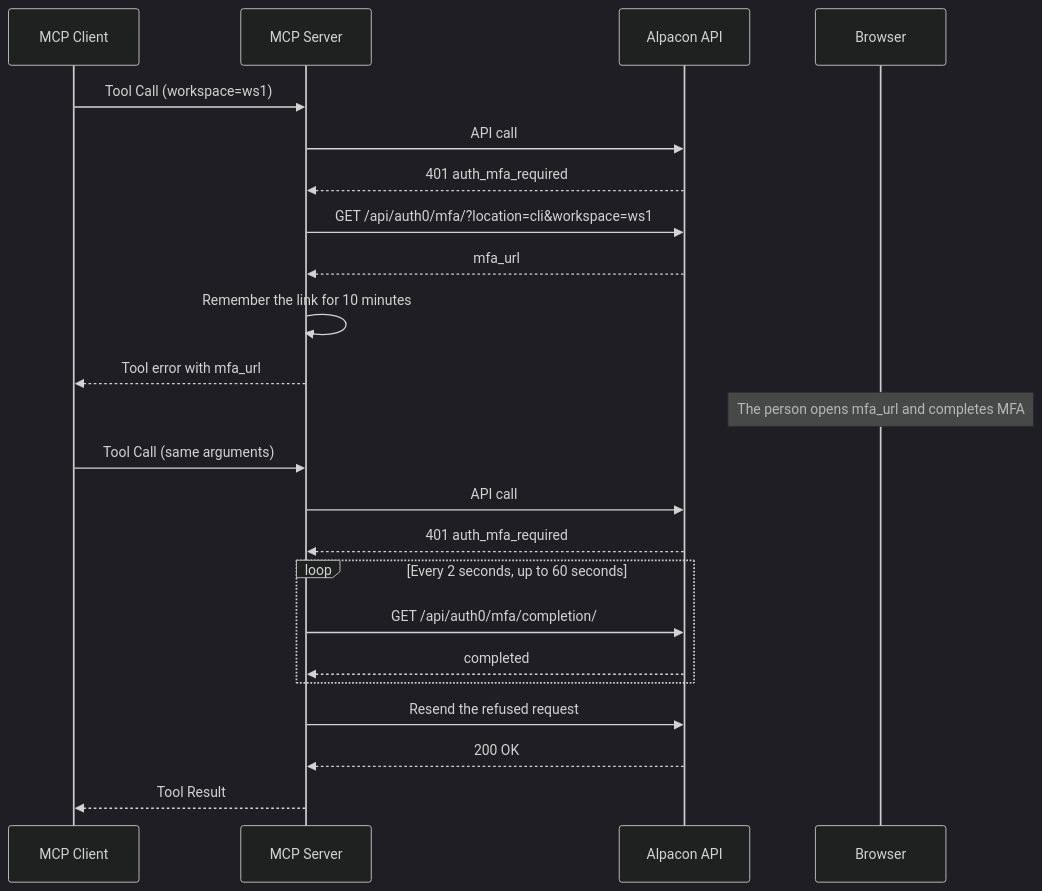
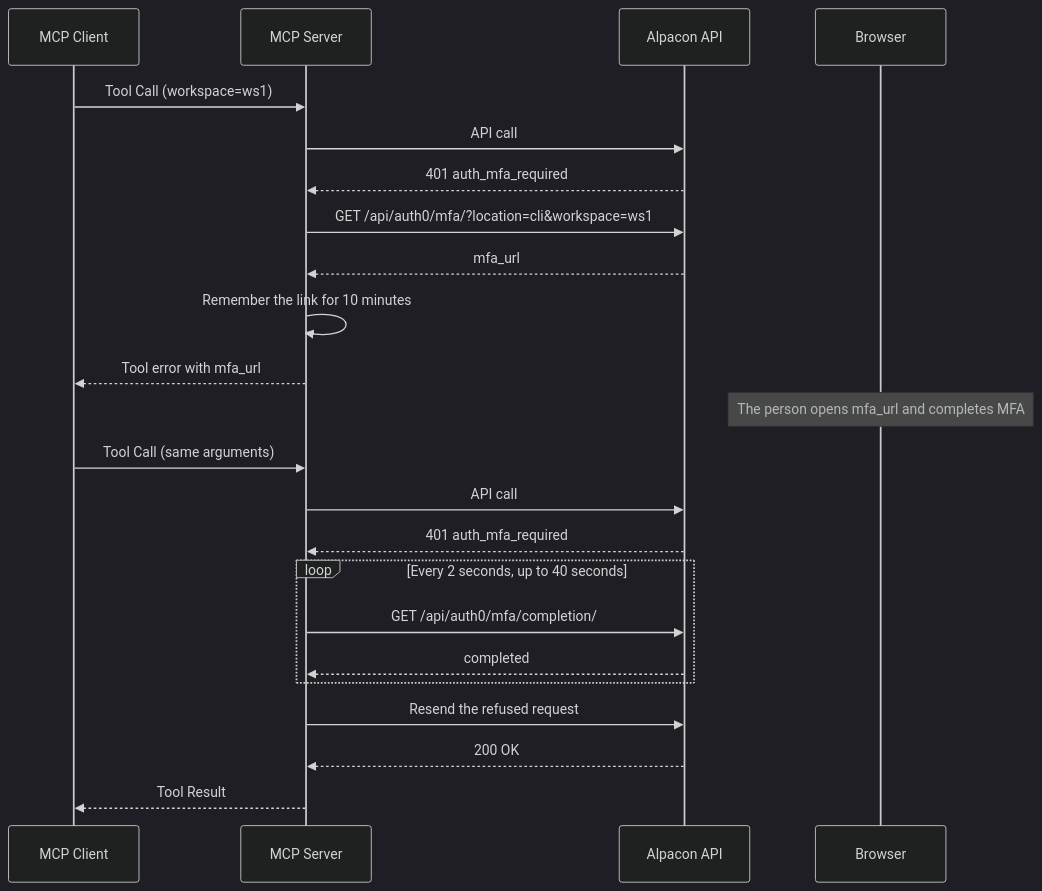
One commit to alpacax/alpacon-mcp changed the first of 2 diagrams in docs/mfa-reauth-flow.md. Above: the diagram before and after it, drawn with Mermaid (dark theme). The commit also changed other lines of this file and 7 other files, not shown here.

````diff
--- a/docs/mfa-reauth-flow.md
+++ b/docs/mfa-reauth-flow.md
@@ -20,28 +20,28 @@
 ```mermaid
 sequenceDiagram
     participant C as MCP Client
     participant S as MCP Server
     participant A as Alpacon API
     participant B as Browser
 
     C->>S: Tool Call (workspace=ws1)
     S->>A: API call
     A-->>S: 401 auth_mfa_required
     S->>A: GET /api/auth0/mfa/?location=cli&workspace=ws1
     A-->>S: mfa_url
     S->>S: Remember the link for 10 minutes
     S-->>C: Tool error with mfa_url
 
     Note over B: The person opens mfa_url and completes MFA
 
     C->>S: Tool Call (same arguments)
     S->>A: API call
     A-->>S: 401 auth_mfa_required
-    loop Every 2 seconds, up to 60 seconds
+    loop Every 2 seconds, up to 40 seconds
         S->>A: GET /api/auth0/mfa/completion/
         A-->>S: completed
     end
     S->>A: Resend the refused request
     A-->>S: 200 OK
     S-->>C: Tool Result
 ```
````
